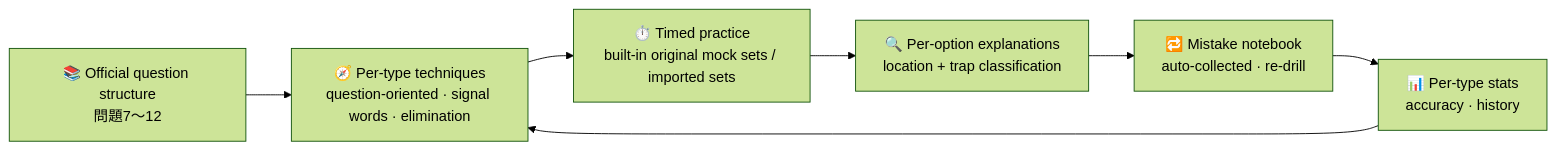
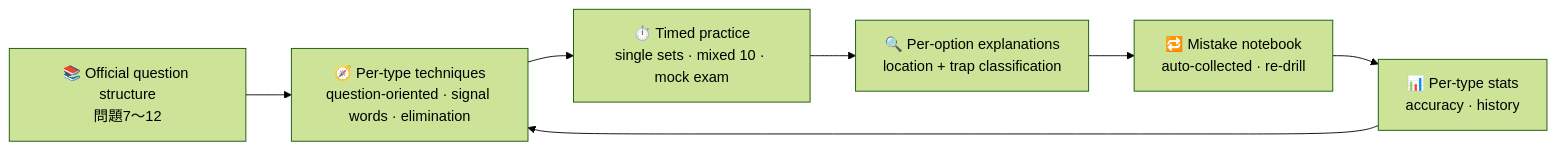
One commit to Mocas-12/jlpt-n1-Yomitaku changed the diagram in README.md. Above: the diagram before and after it, drawn with Mermaid (forest theme). The commit also changed other lines of this file and 7 other files, not shown here.

First line of the commit message:
docs: README 同步模拟卷批次——截图补训练入口与模拟卷两张，训练闭环章节更新

````diff
--- a/README.md
+++ b/README.md
@@ -80,9 +84,9 @@
 ```mermaid
 flowchart LR
     A[📚 Official question structure<br/>問題7〜12] --> B[🧭 Per-type techniques<br/>question-oriented · signal words · elimination]
-    B --> C[⏱️ Timed practice<br/>built-in original mock sets / imported sets]
+    B --> C[⏱️ Timed practice<br/>single sets · mixed 10 · mock exam]
     C --> D[🔍 Per-option explanations<br/>location + trap classification]
     D --> E[🔁 Mistake notebook<br/>auto-collected · re-drill]
     E --> F[📊 Per-type stats<br/>accuracy · history]
     F --> B
 ```
````
